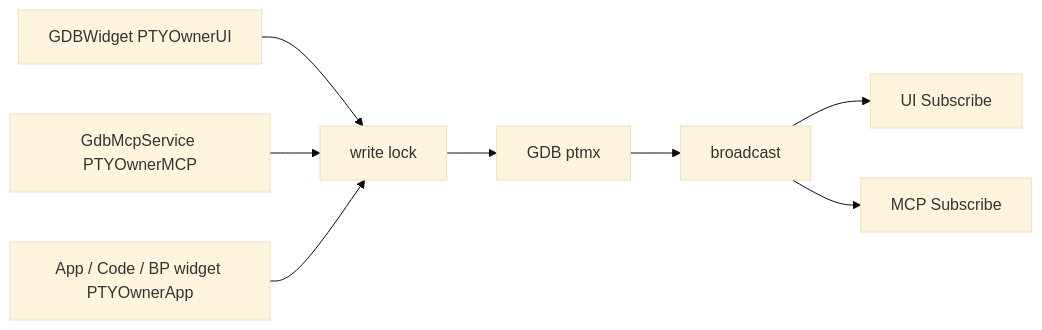
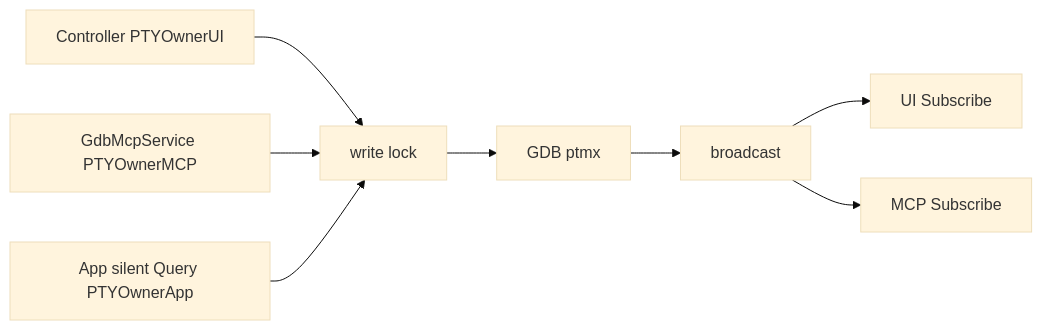
One commit to yairgd/gdbforge changed the second of 6 diagrams in docs/DEBUGGER_INTEGRATION.md. Above: the diagram before and after it, drawn with Mermaid (base theme). The commit also changed other lines of this file and 37 other files, not shown here.

First line of the commit message:
Refactor remaining panes to MVC and document the architecture.

````diff
--- a/docs/DEBUGGER_INTEGRATION.md
+++ b/docs/DEBUGGER_INTEGRATION.md
@@ -158,14 +162,14 @@
 ```mermaid
 flowchart LR
-  UI["GDBWidget PTYOwnerUI"]
+  UI["Controller PTYOwnerUI"]
   MCP["GdbMcpService PTYOwnerMCP"]
-  App["App / Code / BP widget PTYOwnerApp"]
+  App["App silent Query PTYOwnerApp"]
   Lock["write lock"]
   UI --> Lock
   MCP --> Lock
   App --> Lock
   Lock --> PTMX["GDB ptmx"]
   PTMX --> Fan["broadcast"]
   Fan --> ChUI["UI Subscribe"]
   Fan --> ChMCP["MCP Subscribe"]
 ```
````
